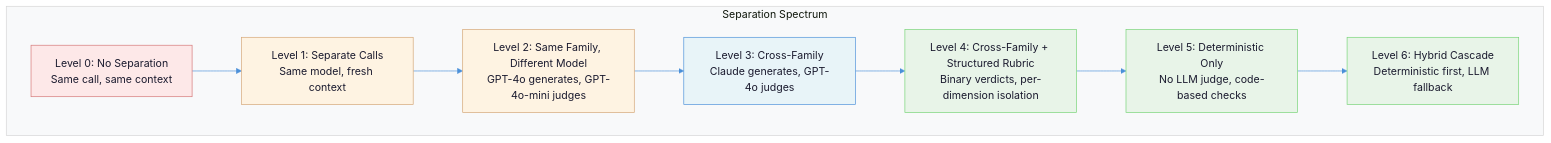
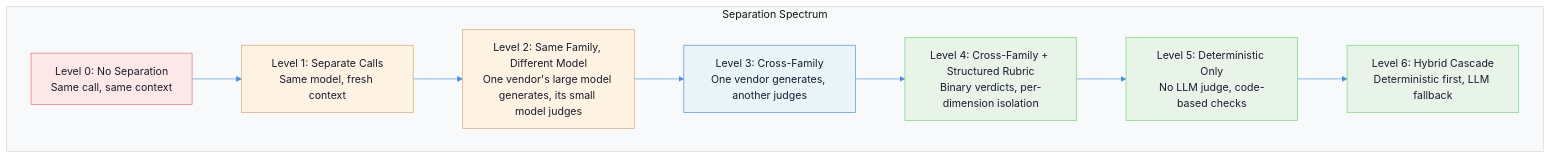
Before and after one commit to Rmohid/agentic-engineering-docs: the second of 3 diagrams in docs/llm-role-separation-executor-evaluator.md, drawn with Mermaid. The commit also changed other lines of this file and 2 other files, not shown here.

````diff
--- a/docs/llm-role-separation-executor-evaluator.md
+++ b/docs/llm-role-separation-executor-evaluator.md
@@ -94,23 +135,23 @@
 ```mermaid
 %%{init: {'theme': 'base', 'themeVariables': {'primaryColor': '#e8f4f8', 'primaryTextColor': '#1a1a2e', 'primaryBorderColor': '#4a90d9', 'lineColor': '#4a90d9', 'secondaryColor': '#fef3e2', 'tertiaryColor': '#f0e8f4', 'clusterBkg': '#f8f9fa', 'edgeLabelBackground': '#f8f9fa'}}}%%
 graph TD
     subgraph Spectrum["Separation Spectrum"]
         L0["Level 0: No Separation<br/>Same call, same context"]
         L1["Level 1: Separate Calls<br/>Same model, fresh context"]
-        L2["Level 2: Same Family, Different Model<br/>GPT-4o generates, GPT-4o-mini judges"]
-        L3["Level 3: Cross-Family<br/>Claude generates, GPT-4o judges"]
+        L2["Level 2: Same Family, Different Model<br/>One vendor's large model generates, its small model judges"]
+        L3["Level 3: Cross-Family<br/>One vendor generates, another judges"]
         L4["Level 4: Cross-Family + Structured Rubric<br/>Binary verdicts, per-dimension isolation"]
         L5["Level 5: Deterministic Only<br/>No LLM judge, code-based checks"]
         L6["Level 6: Hybrid Cascade<br/>Deterministic first, LLM fallback"]
     end
 
     L0 --> L1 --> L2 --> L3 --> L4 --> L5 --> L6
 
     style L0 fill:#fde8e8,stroke:#d47474
     style L1 fill:#fef3e2,stroke:#d4a574
     style L2 fill:#fef3e2,stroke:#d4a574
     style L3 fill:#e8f4f8,stroke:#4a90d9
     style L4 fill:#e8f4e8,stroke:#74d474
     style L5 fill:#e8f4e8,stroke:#74d474
     style L6 fill:#e8f4e8,stroke:#74d474
 ```
````
